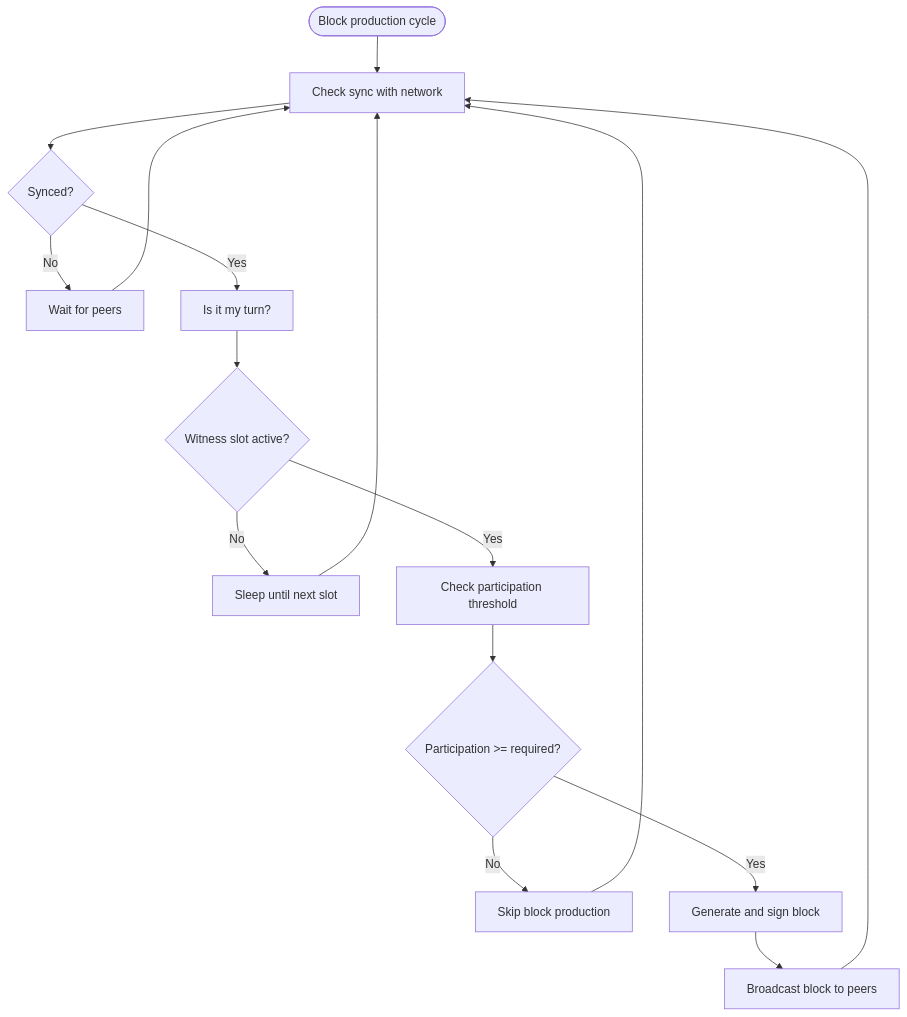
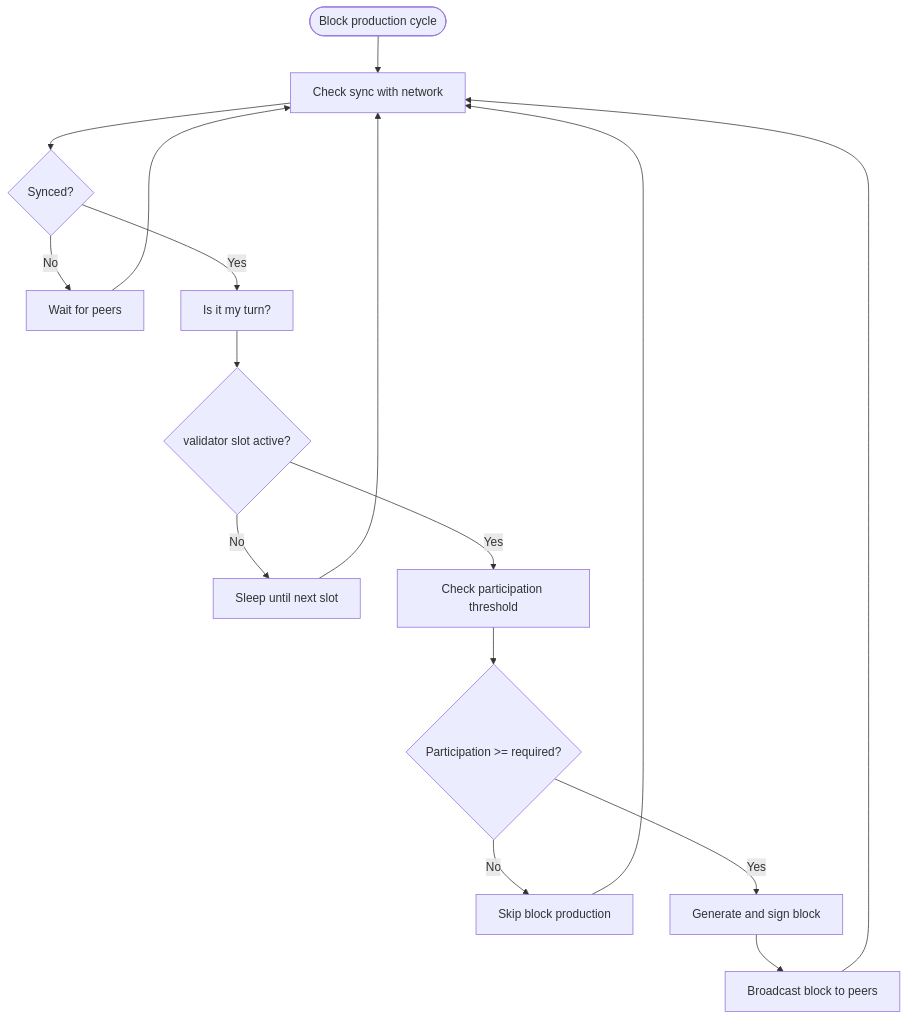
One commit to VIZ-Blockchain/viz-cpp-node changed the third of 7 diagrams in .qoder/repowiki/en/content/Project Overview.md. Above: the diagram before and after it, drawn with Mermaid. The commit also changed other lines of this file and 88 other files, not shown here.

First line of the commit message:
docs(validator): rename witness to validator throughout documentation

````diff
--- a/.qoder/repowiki/en/content/Project Overview.md
+++ b/.qoder/repowiki/en/content/Project Overview.md
@@ -170,18 +170,18 @@
 ```mermaid
 flowchart TD
 Start(["Block production cycle"]) --> CheckSync["Check sync with network"]
 CheckSync --> SyncOK{"Synced?"}
 SyncOK --> |No| WaitSync["Wait for peers"]
 SyncOK --> |Yes| CheckTurn["Is it my turn?"]
-CheckTurn --> MyTurn{"Witness slot active?"}
+CheckTurn --> MyTurn{"validator slot active?"}
 MyTurn --> |No| SleepSlot["Sleep until next slot"]
 MyTurn --> |Yes| CheckParticipation["Check participation threshold"]
 CheckParticipation --> PartOK{"Participation >= required?"}
 PartOK --> |No| SkipBlock["Skip block production"]
 PartOK --> |Yes| Produce["Generate and sign block"]
 Produce --> Broadcast["Broadcast block to peers"]
 SleepSlot --> CheckSync
 WaitSync --> CheckSync
 SkipBlock --> CheckSync
 Broadcast --> CheckSync
 ```
````
